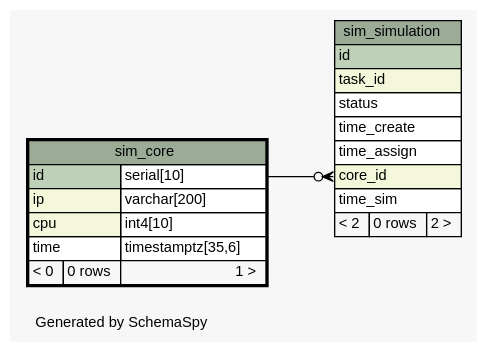
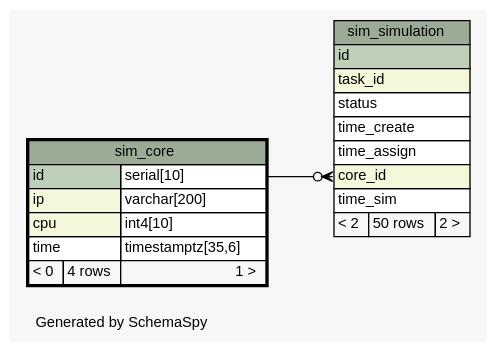
The diagram in database/schema/diagrams/sim_core.1degree.dot (jingyayeah/multiscale-galactose), drawn with Graphviz before and after one commit. The commit also changed 102 other files, not shown here.

Commit message:
Database schema updated

```diff
--- a/database/schema/diagrams/sim_core.1degree.dot
+++ b/database/schema/diagrams/sim_core.1degree.dot
@@ -1,52 +1,52 @@
 // dot 2.26.3 on Linux 3.11.0-12-generic
 // SchemaSpy rev 590
 digraph "oneDegreeRelationshipsDiagram" {
   graph [
     rankdir="RL"
     bgcolor="#f7f7f7"
     label="\nGenerated by SchemaSpy"
     labeljust="l"
     nodesep="0.18"
     ranksep="0.46"
     fontname="Helvetica"
     fontsize="11"
   ];
   node [
     fontname="Helvetica"
     fontsize="11"
     shape="plaintext"
   ];
   edge [
     arrowsize="0.8"
   ];
   "sim_simulation":"core_id":w -> "sim_core":"id.type":e [arrowhead=none dir=back arrowtail=crowodot];
   "sim_core" [
     label=<
     <TABLE BORDER="2" CELLBORDER="1" CELLSPACING="0" BGCOLOR="#ffffff">
       <TR><TD COLSPAN="3" BGCOLOR="#9bab96" ALIGN="CENTER">sim_core</TD></TR>
       <TR><TD PORT="id" COLSPAN="2" BGCOLOR="#bed1b8" ALIGN="LEFT">id</TD><TD PORT="id.type" ALIGN="LEFT">serial[10]</TD></TR>
       <TR><TD PORT="ip" COLSPAN="2" BGCOLOR="#f4f7da" ALIGN="LEFT">ip</TD><TD PORT="ip.type" ALIGN="LEFT">varchar[200]</TD></TR>
       <TR><TD PORT="cpu" COLSPAN="2" BGCOLOR="#f4f7da" ALIGN="LEFT">cpu</TD><TD PORT="cpu.type" ALIGN="LEFT">int4[10]</TD></TR>
       <TR><TD PORT="time" COLSPAN="2" ALIGN="LEFT">time</TD><TD PORT="time.type" ALIGN="LEFT">timestamptz[35,6]</TD></TR>
-      <TR><TD ALIGN="LEFT" BGCOLOR="#f7f7f7">&lt; 0</TD><TD ALIGN="RIGHT" BGCOLOR="#f7f7f7">0 rows</TD><TD ALIGN="RIGHT" BGCOLOR="#f7f7f7">1 &gt;</TD></TR>
+      <TR><TD ALIGN="LEFT" BGCOLOR="#f7f7f7">&lt; 0</TD><TD ALIGN="RIGHT" BGCOLOR="#f7f7f7">4 rows</TD><TD ALIGN="RIGHT" BGCOLOR="#f7f7f7">1 &gt;</TD></TR>
     </TABLE>>
     URL="sim_core.html"
     tooltip="sim_core"
   ];
   "sim_simulation" [
     label=<
     <TABLE BORDER="0" CELLBORDER="1" CELLSPACING="0" BGCOLOR="#ffffff">
       <TR><TD COLSPAN="3" BGCOLOR="#9bab96" ALIGN="CENTER">sim_simulation</TD></TR>
       <TR><TD PORT="id" COLSPAN="3" BGCOLOR="#bed1b8" ALIGN="LEFT">id</TD></TR>
       <TR><TD PORT="task_id" COLSPAN="3" BGCOLOR="#f4f7da" ALIGN="LEFT">task_id</TD></TR>
       <TR><TD PORT="status" COLSPAN="3" ALIGN="LEFT">status</TD></TR>
       <TR><TD PORT="time_create" COLSPAN="3" ALIGN="LEFT">time_create</TD></TR>
       <TR><TD PORT="time_assign" COLSPAN="3" ALIGN="LEFT">time_assign</TD></TR>
       <TR><TD PORT="core_id" COLSPAN="3" BGCOLOR="#f4f7da" ALIGN="LEFT">core_id</TD></TR>
       <TR><TD PORT="time_sim" COLSPAN="3" ALIGN="LEFT">time_sim</TD></TR>
-      <TR><TD ALIGN="LEFT" BGCOLOR="#f7f7f7">&lt; 2</TD><TD ALIGN="RIGHT" BGCOLOR="#f7f7f7">0 rows</TD><TD ALIGN="RIGHT" BGCOLOR="#f7f7f7">2 &gt;</TD></TR>
+      <TR><TD ALIGN="LEFT" BGCOLOR="#f7f7f7">&lt; 2</TD><TD ALIGN="RIGHT" BGCOLOR="#f7f7f7">50 rows</TD><TD ALIGN="RIGHT" BGCOLOR="#f7f7f7">2 &gt;</TD></TR>
     </TABLE>>
     URL="sim_simulation.html"
     tooltip="sim_simulation"
   ];
 }
```
